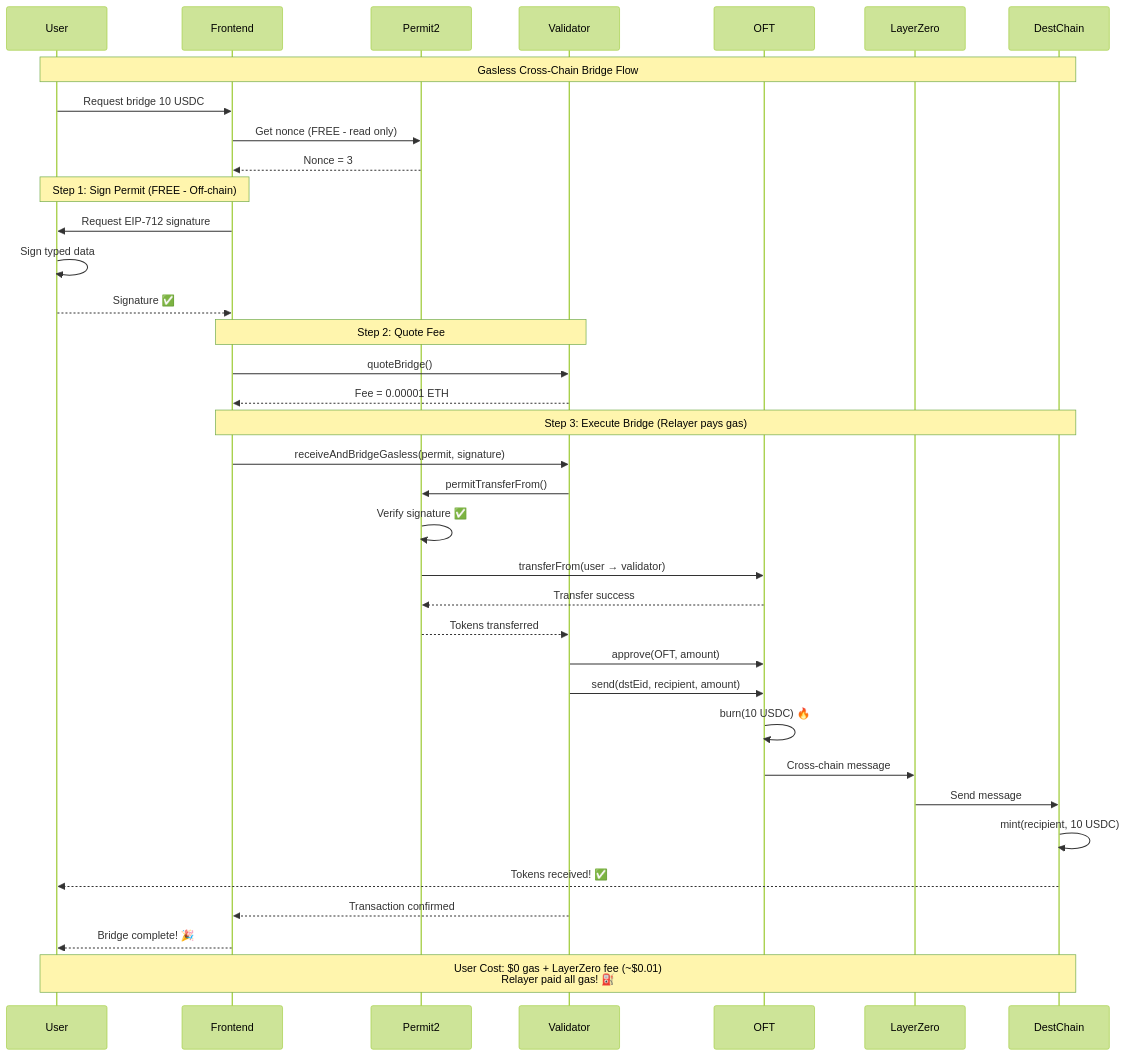
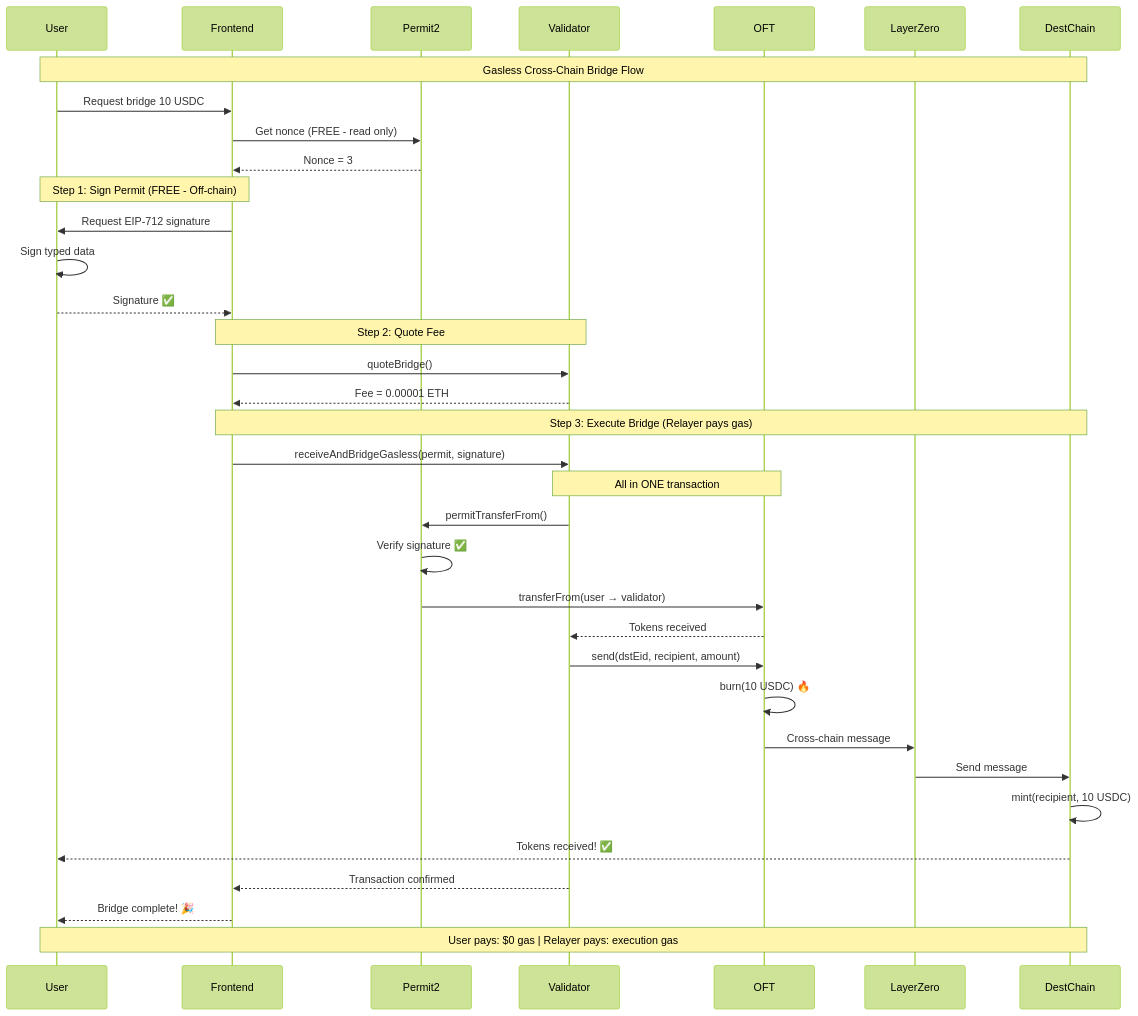
The diagram in README.md (RookieCol/eth_global_arg_contracts), drawn with Mermaid (forest theme) before and after one commit. The commit also changed other lines of this file, not shown here.

````diff
--- a/README.md
+++ b/README.md
@@ -26,47 +24,46 @@
 ```mermaid
 sequenceDiagram
     participant User
     participant Frontend
     participant Permit2
     participant Validator
     participant OFT
     participant LayerZero
     participant DestChain
 
     Note over User,DestChain: Gasless Cross-Chain Bridge Flow
     
     User->>Frontend: Request bridge 10 USDC
     Frontend->>Permit2: Get nonce (FREE - read only)
     Permit2-->>Frontend: Nonce = 3
     
     Note over User,Frontend: Step 1: Sign Permit (FREE - Off-chain)
     Frontend->>User: Request EIP-712 signature
     User->>User: Sign typed data
     User-->>Frontend: Signature ✅
     
     Note over Frontend,Validator: Step 2: Quote Fee
     Frontend->>Validator: quoteBridge()
     Validator-->>Frontend: Fee = 0.00001 ETH
     
     Note over Frontend,DestChain: Step 3: Execute Bridge (Relayer pays gas)
     Frontend->>Validator: receiveAndBridgeGasless(permit, signature)
     
+    Note over Validator,OFT: All in ONE transaction
     Validator->>Permit2: permitTransferFrom()
     Permit2->>Permit2: Verify signature ✅
     Permit2->>OFT: transferFrom(user → validator)
-    OFT-->>Permit2: Transfer success
-    Permit2-->>Validator: Tokens transferred
+    OFT-->>Validator: Tokens received
     
-    Validator->>OFT: approve(OFT, amount)
     Validator->>OFT: send(dstEid, recipient, amount)
     OFT->>OFT: burn(10 USDC) 🔥
     OFT->>LayerZero: Cross-chain message
     LayerZero->>DestChain: Send message
     DestChain->>DestChain: mint(recipient, 10 USDC)
     DestChain-->>User: Tokens received! ✅
     
     Validator-->>Frontend: Transaction confirmed
     Frontend-->>User: Bridge complete! 🎉
     
-    Note over User,DestChain: User Cost: $0 gas + LayerZero fee (~$0.01)<br/>Relayer paid all gas! ⛽
+    Note over User,DestChain: User pays: $0 gas | Relayer pays: execution gas
 ```
````
